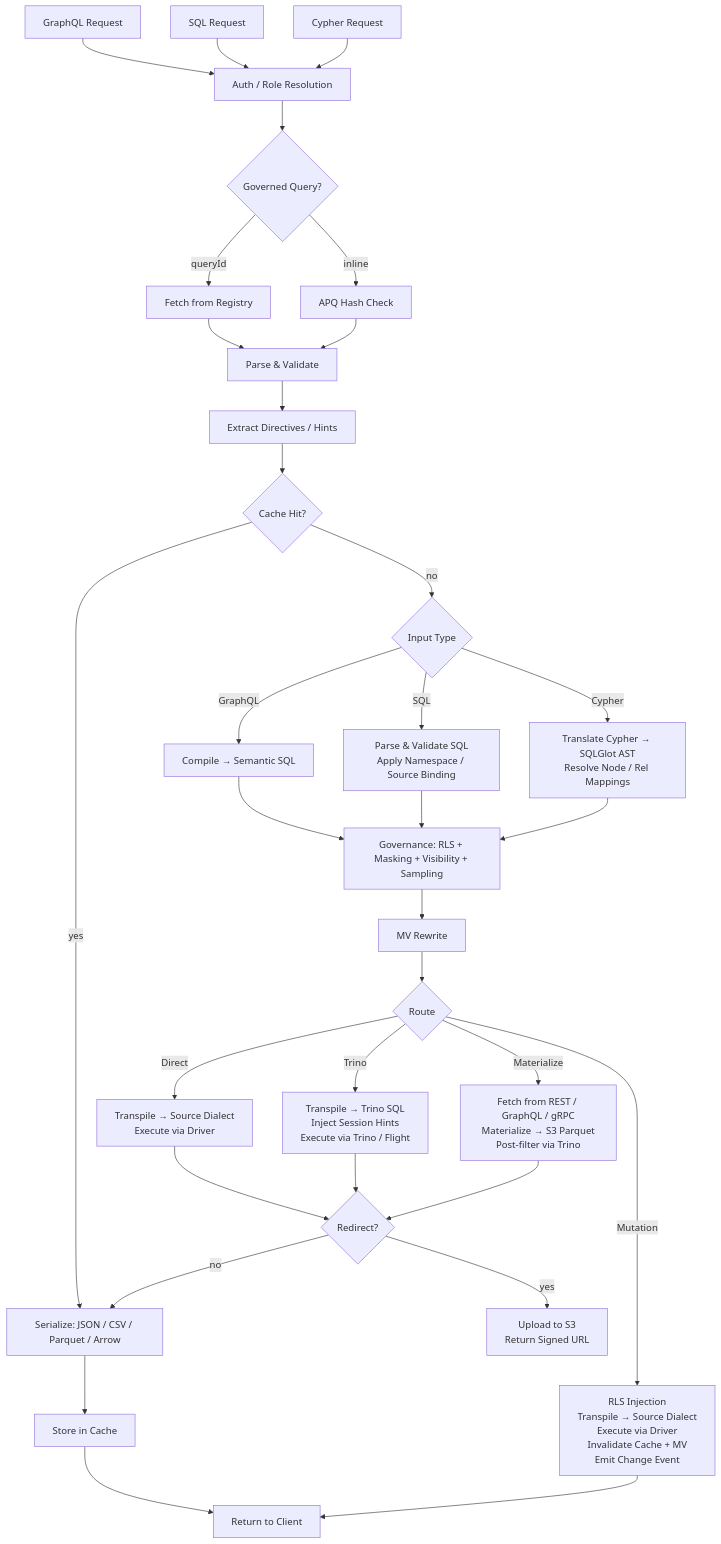
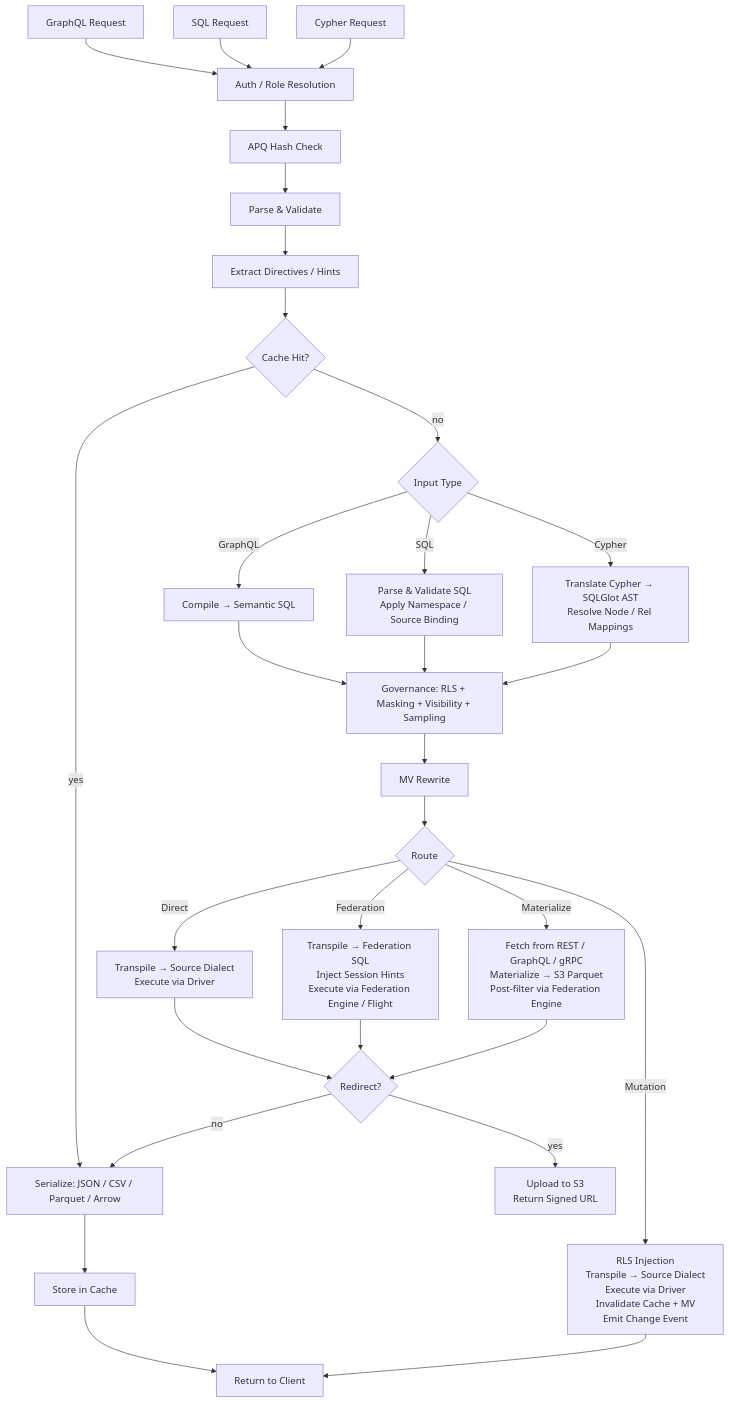
Before and after one commit to kenstott/provisa: the diagram in docs/architecture.md, drawn with Mermaid. The commit also changed other lines of this file and 144 other files, not shown here.

````diff
--- a/docs/architecture.md
+++ b/docs/architecture.md
@@ -76,35 +93,32 @@
 ```mermaid
 flowchart TD
     A[GraphQL Request] --> B[Auth / Role Resolution]
     A2[SQL Request] --> B
     A3[Cypher Request] --> B
-    B --> C{Governed Query?}
-    C -- queryId --> D[Fetch from Registry]
-    C -- inline --> E[APQ Hash Check]
-    D --> F[Parse & Validate]
-    E --> F
+    B --> E[APQ Hash Check]
+    E --> F[Parse & Validate]
     F --> G[Extract Directives / Hints]
     G --> H{Cache Hit?}
     H -- yes --> R
     H -- no --> I{Input Type}
     I -- GraphQL --> I1[Compile → Semantic SQL]
     I -- SQL --> I2[Parse & Validate SQL\nApply Namespace / Source Binding]
     I -- Cypher --> I3[Translate Cypher → SQLGlot AST\nResolve Node / Rel Mappings]
     I1 --> J[Governance: RLS + Masking + Visibility + Sampling]
     I2 --> J
     I3 --> J
     J --> K[MV Rewrite]
     K --> L{Route}
     L -- Direct --> M[Transpile → Source Dialect\nExecute via Driver]
-    L -- Trino --> N[Transpile → Trino SQL\nInject Session Hints\nExecute via Trino / Flight]
-    L -- Materialize --> O[Fetch from REST / GraphQL / gRPC\nMaterialize → S3 Parquet\nPost-filter via Trino]
+    L -- Federation --> N[Transpile → Federation SQL\nInject Session Hints\nExecute via Federation Engine / Flight]
+    L -- Materialize --> O[Fetch from REST / GraphQL / gRPC\nMaterialize → S3 Parquet\nPost-filter via Federation Engine]
     L -- Mutation --> P[RLS Injection\nTranspile → Source Dialect\nExecute via Driver\nInvalidate Cache + MV\nEmit Change Event]
     M --> Q{Redirect?}
     N --> Q
     O --> Q
     Q -- yes --> S[Upload to S3\nReturn Signed URL]
     Q -- no --> R[Serialize: JSON / CSV / Parquet / Arrow]
     R --> T[Store in Cache]
     T --> U[Return to Client]
     P --> U
 ```
````
